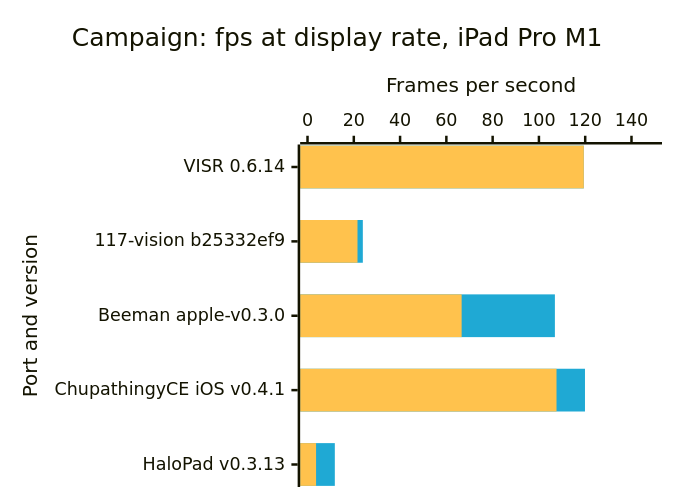
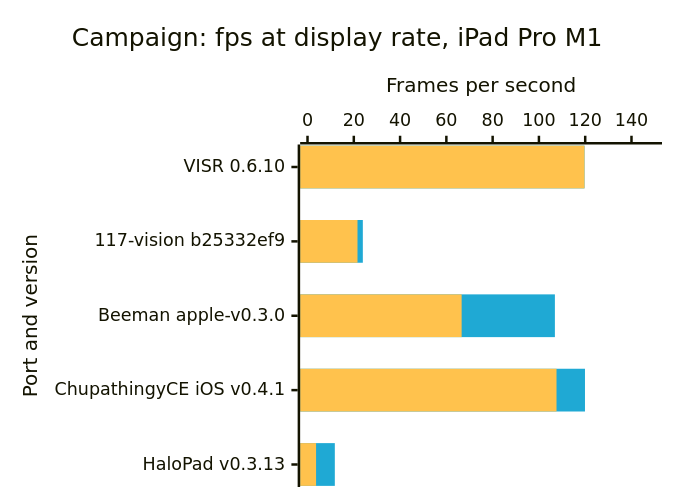
One commit to VISR-CE/visr changed the fourth of 8 diagrams in docs/benchmarks.md. Above: the diagram before and after it, drawn with Mermaid. The commit also changed other lines of this file and 22 other files, not shown here.

Commit message:
⏪️ revert(benchmarks): take out the VISR 0.6.14 iPad Pro M1, iPhone 17 Pro and Apple TV 4K rows and frames (530b3c96f, 0bcd22c34, 4b15977ef) — the browser chart model in `test_perf_compare_sheet` no longer matches the Python charts with them in

````diff
--- a/docs/benchmarks.md
+++ b/docs/benchmarks.md
@@ -108,17 +108,17 @@
 ```mermaid
 ---
 config:
   xyChart:
     width: 520
     height: 380
   themeVariables:
     xyChart:
       plotColorPalette: "#1fa9d4, #ffc24d"
 ---
 xychart-beta horizontal
     title "Campaign: fps at display rate, iPad Pro M1"
-    x-axis "Port and version" ["VISR 0.6.14", "117-vision b25332ef9", "Beeman apple-v0.3.0", "ChupathingyCE iOS v0.4.1", "HaloPad v0.3.13"]
+    x-axis "Port and version" ["VISR 0.6.10", "117-vision b25332ef9", "Beeman apple-v0.3.0", "ChupathingyCE iOS v0.4.1", "HaloPad v0.3.13"]
     y-axis "Frames per second" 0 --> 150
-    bar [119.4, 23.9, 106.9, 119.9, 11.8]
-    bar [119.4, 21.6, 66.6, 107.6, 3.7]
+    bar [119.7, 23.9, 106.9, 119.9, 11.8]
+    bar [119.7, 21.6, 66.6, 107.6, 3.7]
 ```
````
